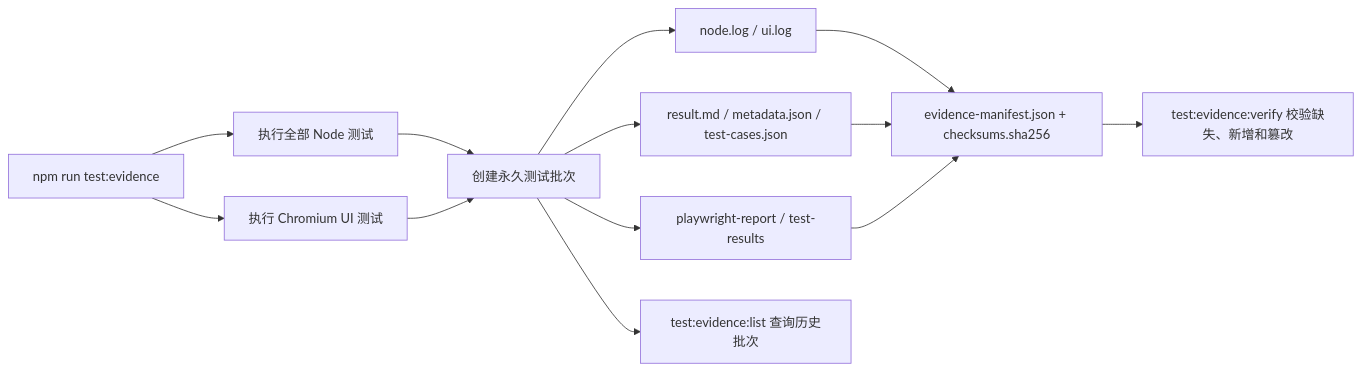
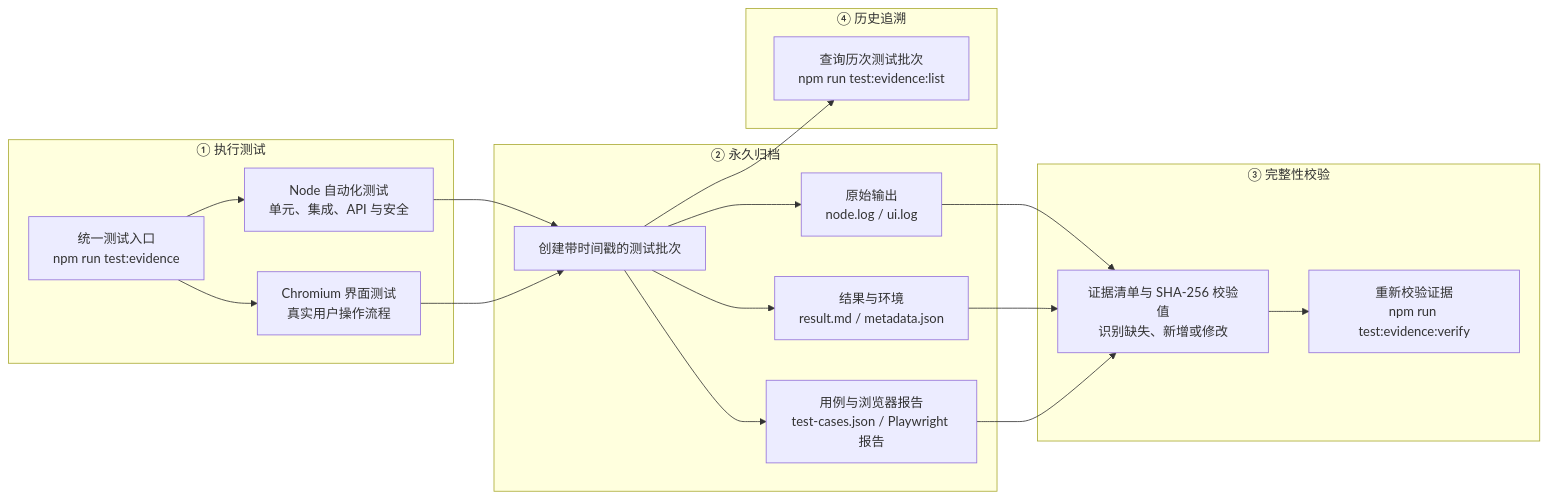
The eighth of 9 diagrams in docs/方案二（科班）-汇报内容细纲.md (Skywardeyes/did-system-forlearning), drawn with Mermaid before and after one commit. The commit also changed other lines of this file and 4 other files, not shown here.

Commit message:
docs: improve report diagrams for Chinese presentation

````diff
--- a/docs/方案二（科班）-汇报内容细纲.md
+++ b/docs/方案二（科班）-汇报内容细纲.md
@@ -404,15 +350,24 @@
 ```mermaid
 flowchart LR
-    Run["npm run test:evidence"] --> Node["执行全部 Node 测试"]
-    Run --> UI["执行 Chromium UI 测试"]
-    Node --> Record["创建永久测试批次"]
+    subgraph EXEC["① 执行测试"]
+        Run["统一测试入口<br/>npm run test:evidence"] --> Node["Node 自动化测试<br/>单元、集成、API 与安全"]
+        Run --> UI["Chromium 界面测试<br/>真实用户操作流程"]
+    end
+    subgraph ARCHIVE["② 永久归档"]
+        Record["创建带时间戳的测试批次"] --> Raw["原始输出<br/>node.log / ui.log"]
+        Record --> Report["结果与环境<br/>result.md / metadata.json"]
+        Record --> Browser["用例与浏览器报告<br/>test-cases.json / Playwright 报告"]
+    end
+    subgraph TRUST["③ 完整性校验"]
+        Manifest["证据清单与 SHA-256 校验值<br/>识别缺失、新增或修改"] --> Verify["重新校验证据<br/>npm run test:evidence:verify"]
+    end
+    subgraph TRACE["④ 历史追溯"]
+        List["查询历次测试批次<br/>npm run test:evidence:list"]
+    end
+    Node --> Record
     UI --> Record
-    Record --> Raw["node.log / ui.log"]
-    Record --> Report["result.md / metadata.json / test-cases.json"]
-    Record --> Browser["playwright-report / test-results"]
-    Raw --> Manifest["evidence-manifest.json + checksums.sha256"]
+    Raw --> Manifest
     Report --> Manifest
     Browser --> Manifest
-    Manifest --> Verify["test:evidence:verify 校验缺失、新增和篡改"]
-    Record --> List["test:evidence:list 查询历史批次"]
+    Record --> List
 ```
````
